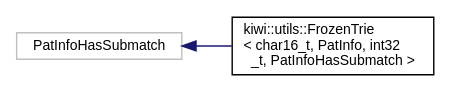
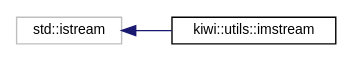
Before and after one commit to bab2min/Kiwi: the diagram in inherit_graph_98.dot, drawn with Graphviz. The commit also changed 153 other files, not shown here.

```diff
--- a/inherit_graph_98.dot
+++ b/inherit_graph_98.dot
@@ -1,10 +1,10 @@
 digraph "Graphical Class Hierarchy"
 {
  // LATEX_PDF_SIZE
   edge [fontname="Helvetica",fontsize="10",labelfontname="Helvetica",labelfontsize="10"];
   node [fontname="Helvetica",fontsize="10",shape=record];
   rankdir="LR";
-  Node86 [label="PatInfoHasSubmatch",height=0.2,width=0.4,color="grey75", fillcolor="white", style="filled",tooltip=" "];
-  Node86 -> Node0 [dir="back",color="midnightblue",fontsize="10",style="solid",fontname="Helvetica"];
-  Node0 [label="kiwi::utils::FrozenTrie\l\< char16_t, PatInfo, int32\l_t, PatInfoHasSubmatch \>",height=0.2,width=0.4,color="black", fillcolor="white", style="filled",URL="$classkiwi_1_1utils_1_1FrozenTrie.html",tooltip=" "];
+  Node61 [label="std::istream",height=0.2,width=0.4,color="grey75", fillcolor="white", style="filled",tooltip=" "];
+  Node61 -> Node0 [dir="back",color="midnightblue",fontsize="10",style="solid",fontname="Helvetica"];
+  Node0 [label="kiwi::utils::imstream",height=0.2,width=0.4,color="black", fillcolor="white", style="filled",URL="$classkiwi_1_1utils_1_1imstream.html",tooltip=" "];
 }
```
